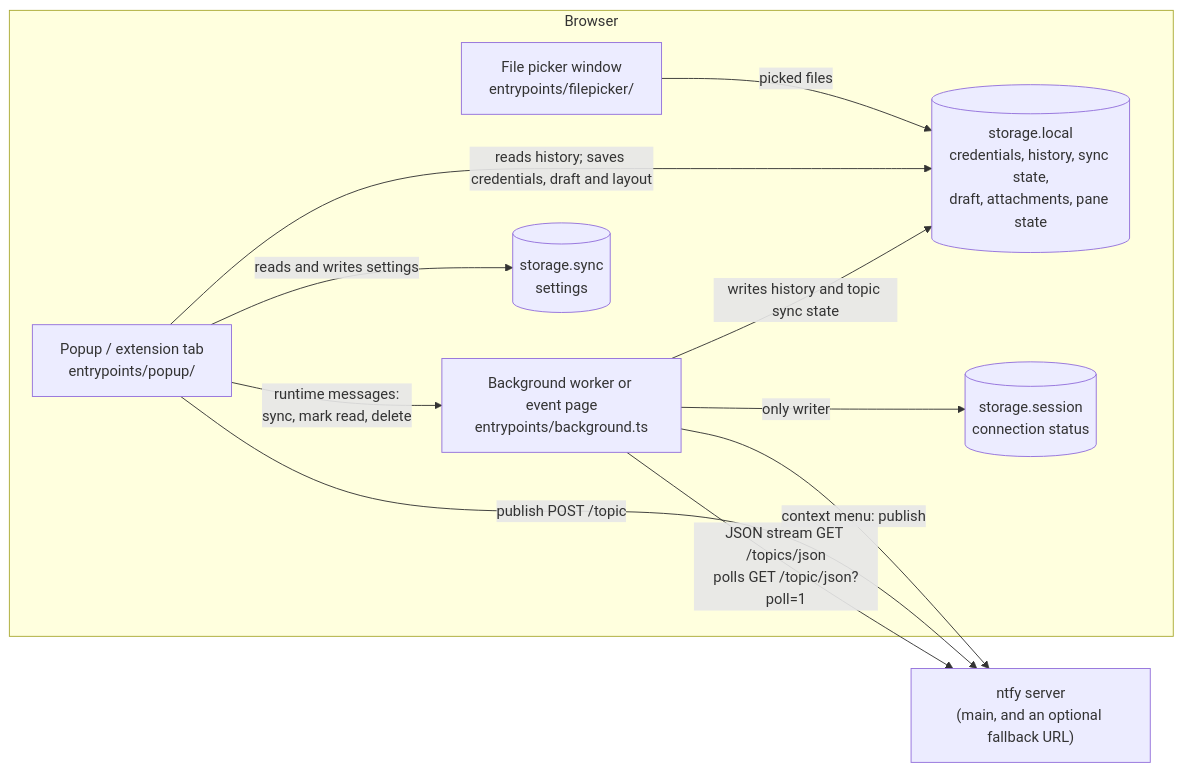
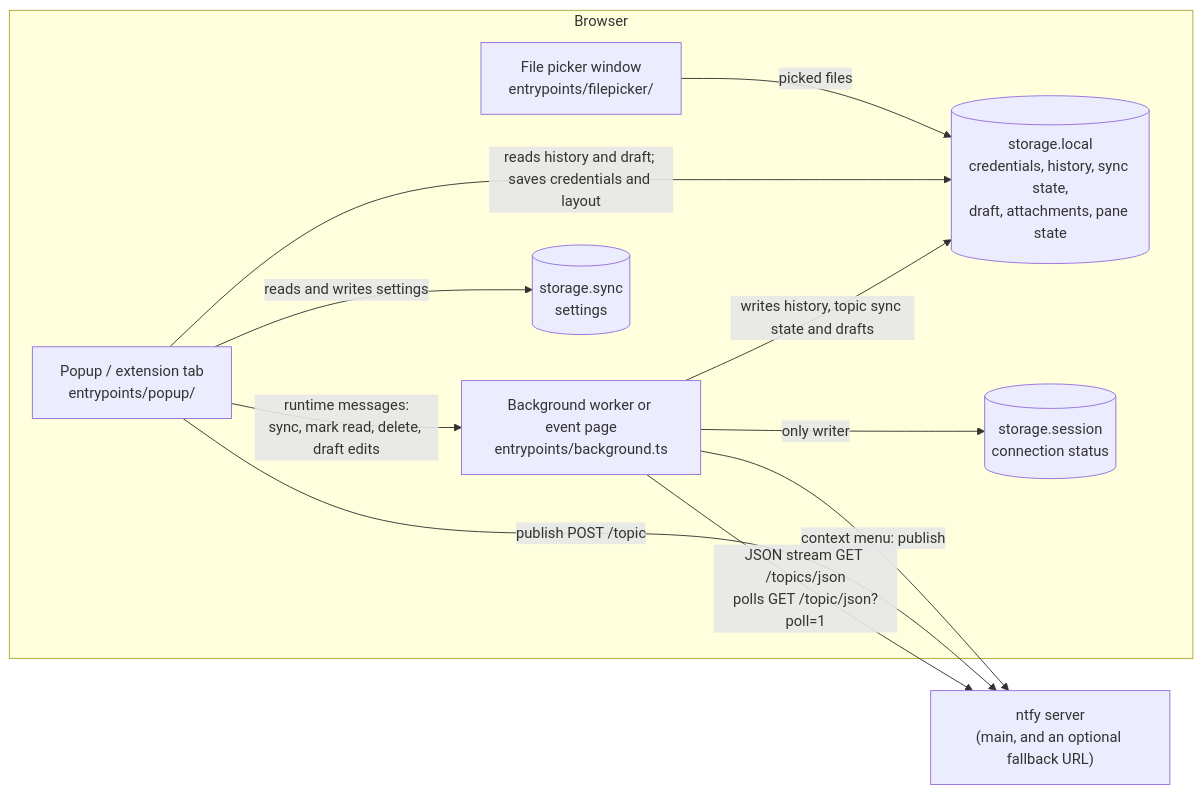
The first of 2 diagrams in ARCHITECTURE.md (valentindimitrov/ntfy-desk), drawn with Mermaid before and after one commit. The commit also changed other lines of this file and 20 other files, not shown here.

````diff
--- a/ARCHITECTURE.md
+++ b/ARCHITECTURE.md
@@ -12,22 +12,22 @@
 ```mermaid
 flowchart LR
   subgraph Browser
     BG["Background worker or event page<br/>entrypoints/background.ts"]
     POP["Popup / extension tab<br/>entrypoints/popup/"]
     FP["File picker window<br/>entrypoints/filepicker/"]
     SYNC[("storage.sync<br/>settings")]
     LOCAL[("storage.local<br/>credentials, history, sync state,<br/>draft, attachments, pane state")]
     SESSION[("storage.session<br/>connection status")]
   end
   NTFY["ntfy server<br/>(main, and an optional fallback URL)"]
 
   BG -- "JSON stream GET /topics/json<br/>polls GET /topic/json?poll=1" --> NTFY
   POP -- "publish POST /topic" --> NTFY
   BG -- "context menu: publish" --> NTFY
-  POP -- "runtime messages:<br/>sync, mark read, delete" --> BG
-  BG -- "writes history and topic sync state" --> LOCAL
+  POP -- "runtime messages:<br/>sync, mark read, delete, draft edits" --> BG
+  BG -- "writes history, topic sync state and drafts" --> LOCAL
   BG -- "only writer" --> SESSION
   POP -- "reads and writes settings" --> SYNC
-  POP -- "reads history; saves credentials, draft and layout" --> LOCAL
+  POP -- "reads history and draft; saves credentials and layout" --> LOCAL
   FP -- "picked files" --> LOCAL
 ```
````
